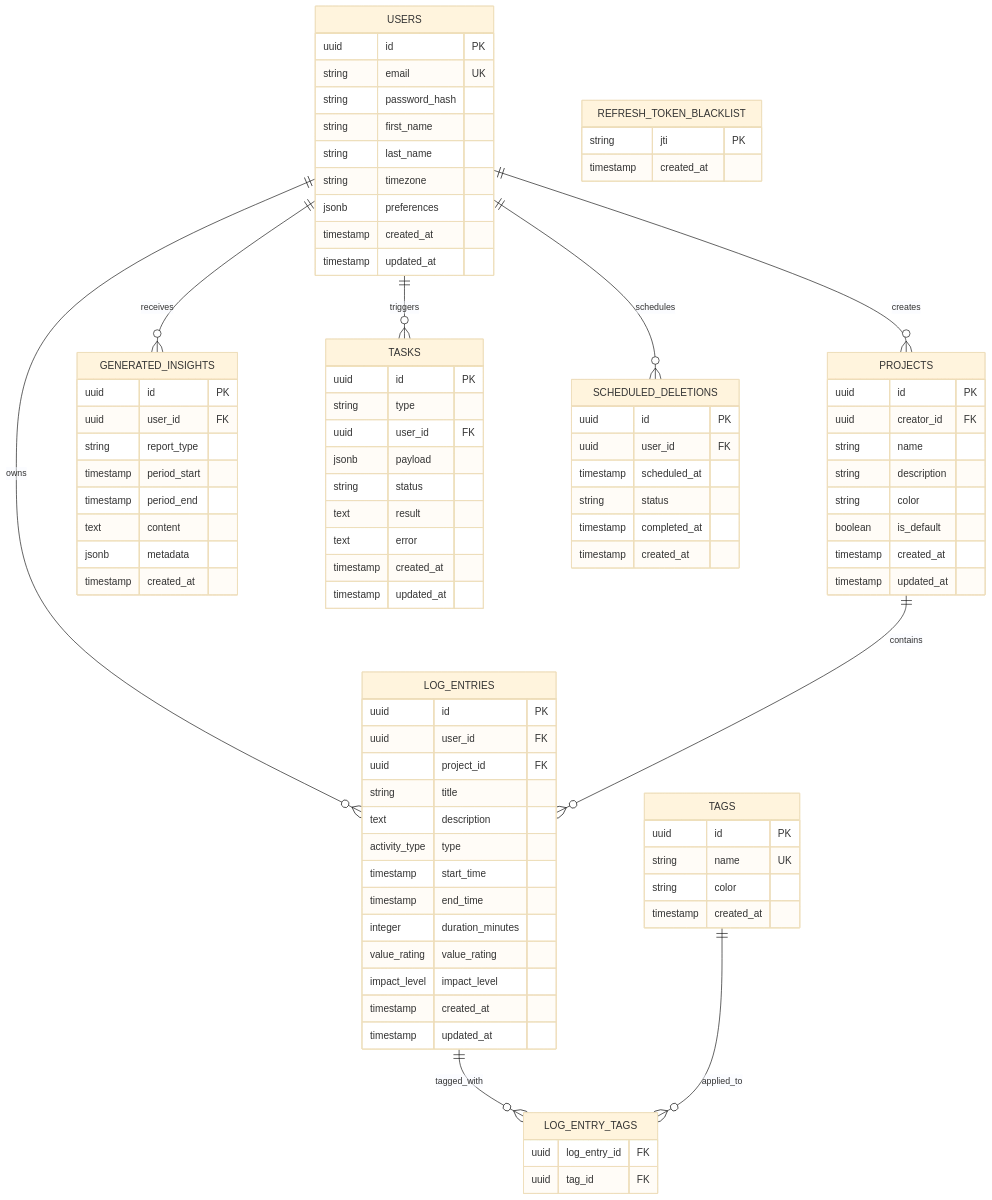
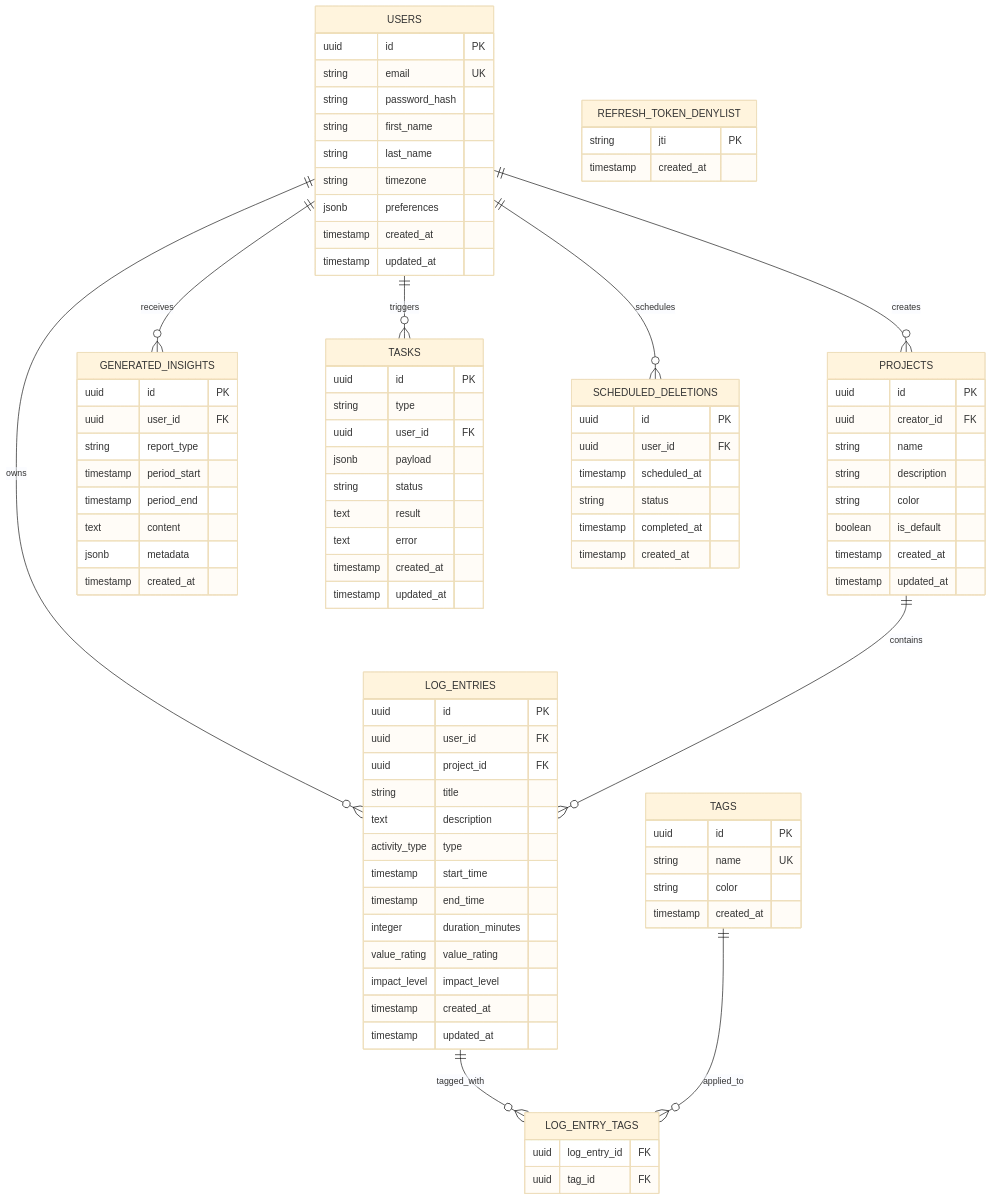
Before and after one commit to garnizeh/secretarius: the first of 11 diagrams in .docs/englog_comprehensive_spec.md, drawn with Mermaid (base theme). The commit also changed other lines of this file and 27 other files, not shown here.

```diff
--- a/.docs/englog_comprehensive_spec.md
+++ b/.docs/englog_comprehensive_spec.md
@@ -937,7 +937,7 @@
         timestamp created_at
     }
 
-    REFRESH_TOKEN_BLACKLIST {
+    REFRESH_TOKEN_DENYLIST {
         string jti PK
         timestamp created_at
     }
```
